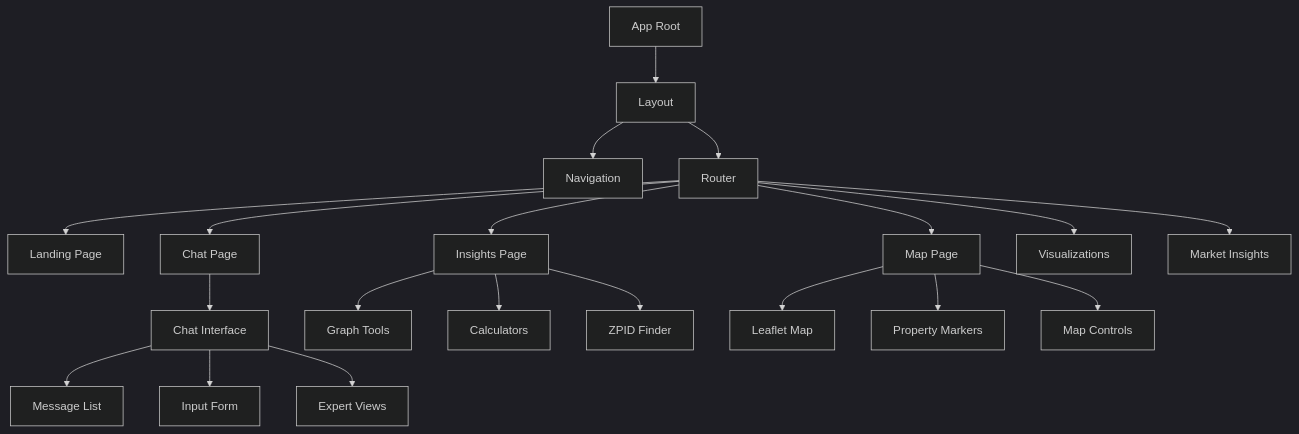
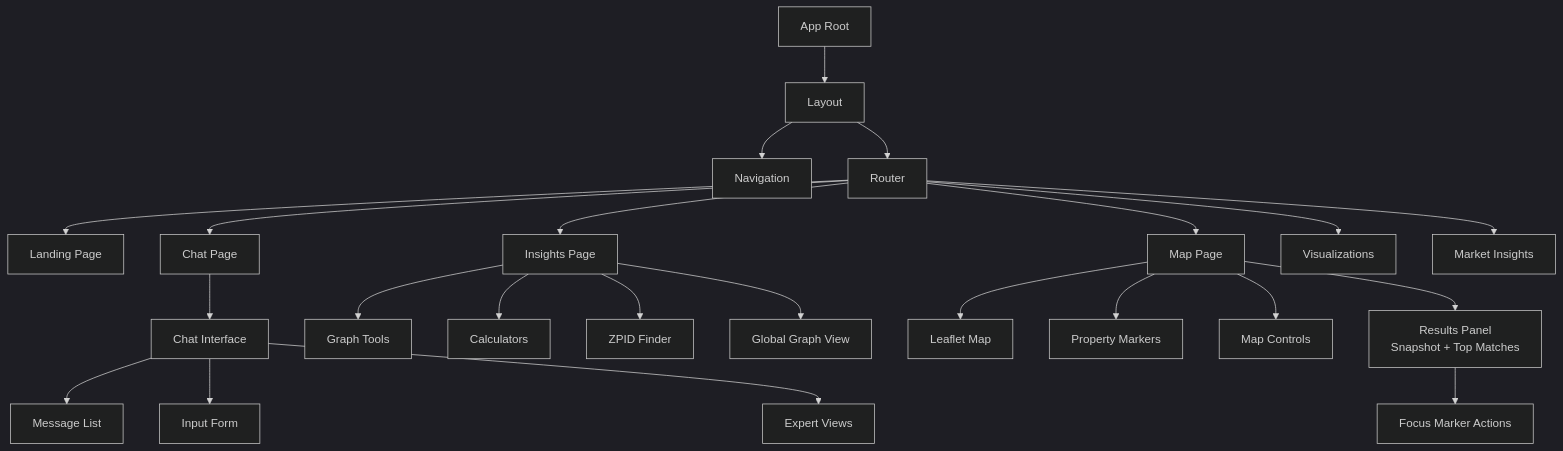
Diagram 13 of 32 in ARCHITECTURE.md (hoangsonww/EstateWise-Chapel-Hill-Chatbot), drawn with Mermaid (dark theme) before and after one commit. The commit also changed other lines of this file and 4 other files, not shown here.

Commit message:
feat(graph): enhance architecture documentation with new graph endpoints and visualization details

````diff
--- a/ARCHITECTURE.md
+++ b/ARCHITECTURE.md
@@ -646,27 +656,30 @@
 ```mermaid
 graph TD
   App[App Root]
   App --> Layout[Layout]
   Layout --> Nav[Navigation]
   Layout --> Router[Router]
 
   Router --> Landing[Landing Page]
   Router --> Chat[Chat Page]
   Router --> Insights[Insights Page]
   Router --> Map[Map Page]
   Router --> Viz[Visualizations]
   Router --> Market[Market Insights]
 
   Chat --> ChatUI[Chat Interface]
   ChatUI --> Messages[Message List]
   ChatUI --> Input[Input Form]
   ChatUI --> Expert[Expert Views]
 
   Insights --> Tools[Graph Tools]
   Insights --> Calc[Calculators]
   Insights --> ZPID[ZPID Finder]
+  Insights --> GlobalGraph[Global Graph View]
 
   Map --> Leaflet[Leaflet Map]
   Map --> Markers[Property Markers]
   Map --> Controls[Map Controls]
+  Map --> ResultsPanel[Results Panel<br/>Snapshot + Top Matches]
+  ResultsPanel --> FocusMap[Focus Marker Actions]
 ```
````
